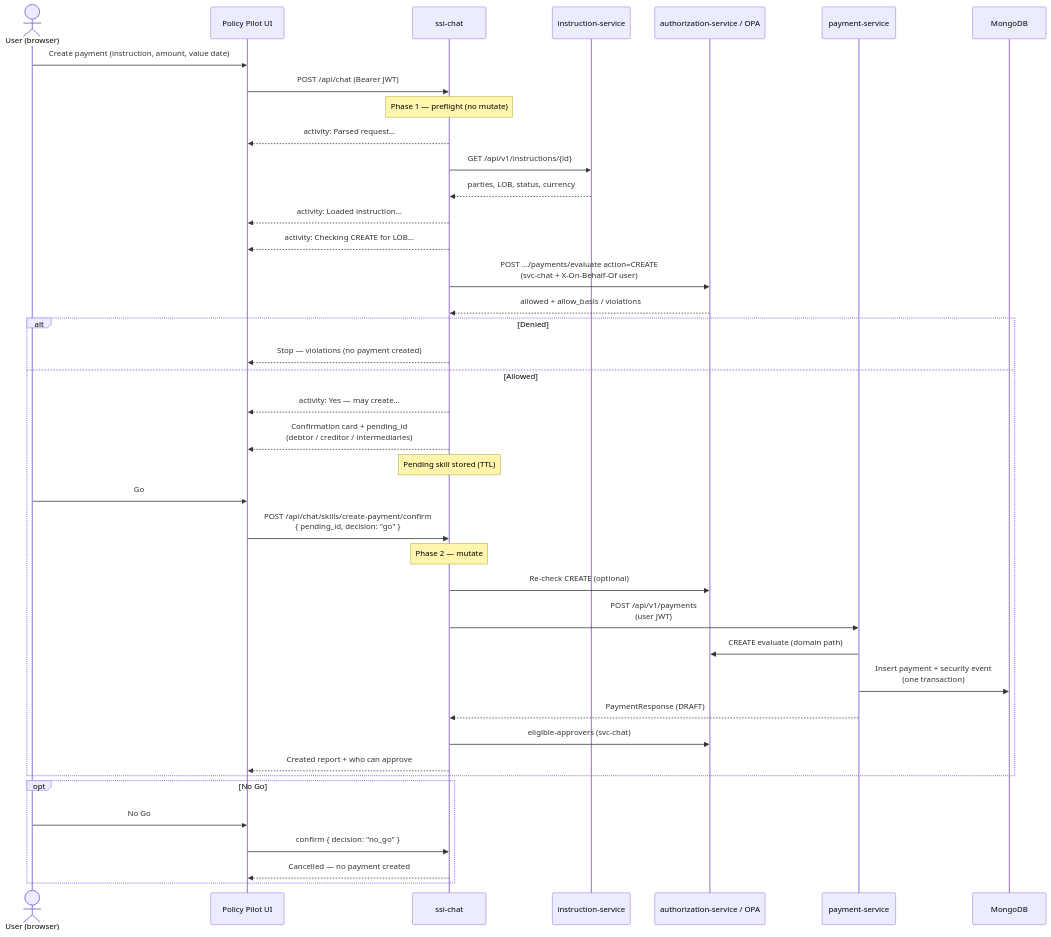
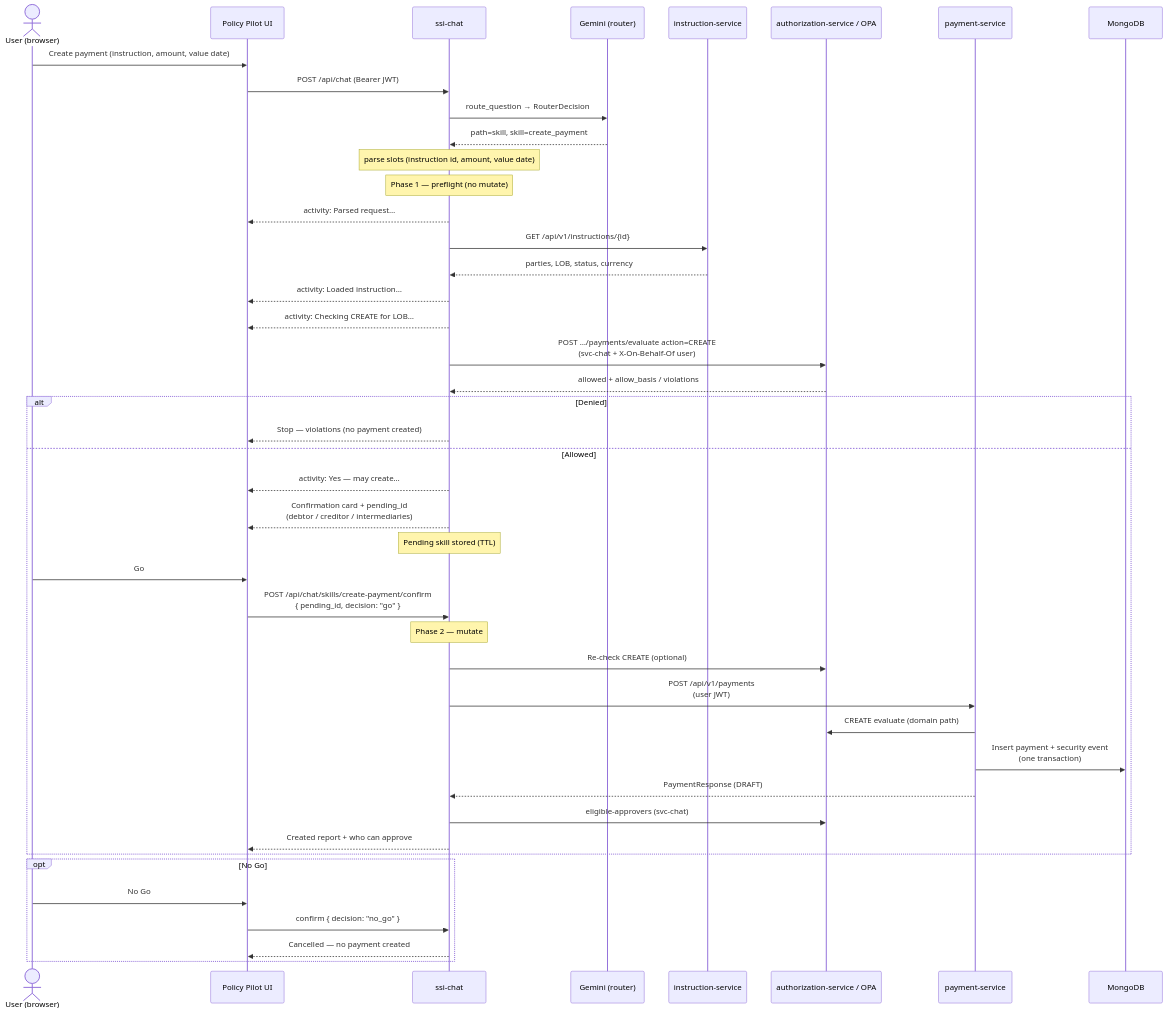
The diagram in docs/create-payment-skill.md (sanjuthomas/policy-pilot), drawn with Mermaid before and after one commit. The commit also changed other lines of this file and 18 other files, not shown here.

First line of the commit message:
Route chat intent via Gemini structured output instead of regex.

````diff
--- a/docs/create-payment-skill.md
+++ b/docs/create-payment-skill.md
@@ -29,47 +44,52 @@
 ```mermaid
 sequenceDiagram
     actor U as User (browser)
     participant UI as Policy Pilot UI
     participant C as ssi-chat
+    participant L as Gemini (router)
     participant I as instruction-service
     participant A as authorization-service / OPA
     participant P as payment-service
     participant M as MongoDB
 
     U->>UI: Create payment (instruction, amount, value date)
     UI->>C: POST /api/chat (Bearer JWT)
+
+    C->>L: route_question → RouterDecision
+    L-->>C: path=skill, skill=create_payment
+    Note over C: parse slots (instruction id, amount, value date)
 
     Note over C: Phase 1 — preflight (no mutate)
     C-->>UI: activity: Parsed request…
     C->>I: GET /api/v1/instructions/{id}
     I-->>C: parties, LOB, status, currency
     C-->>UI: activity: Loaded instruction…
     C-->>UI: activity: Checking CREATE for LOB…
     C->>A: POST …/payments/evaluate action=CREATE<br/>(svc-chat + X-On-Behalf-Of user)
     A-->>C: allowed + allow_basis / violations
 
     alt Denied
         C-->>UI: Stop — violations (no payment created)
     else Allowed
         C-->>UI: activity: Yes — may create…
         C-->>UI: Confirmation card + pending_id<br/>(debtor / creditor / intermediaries)
         Note over C: Pending skill stored (TTL)
         U->>UI: Go
         UI->>C: POST /api/chat/skills/create-payment/confirm<br/>{ pending_id, decision: "go" }
 
         Note over C: Phase 2 — mutate
         C->>A: Re-check CREATE (optional)
         C->>P: POST /api/v1/payments<br/>(user JWT)
         P->>A: CREATE evaluate (domain path)
         P->>M: Insert payment + security event<br/>(one transaction)
         P-->>C: PaymentResponse (DRAFT)
         C->>A: eligible-approvers (svc-chat)
         C-->>UI: Created report + who can approve
     end
 
     opt No Go
         U->>UI: No Go
         UI->>C: confirm { decision: "no_go" }
         C-->>UI: Cancelled — no payment created
     end
 ```
````
